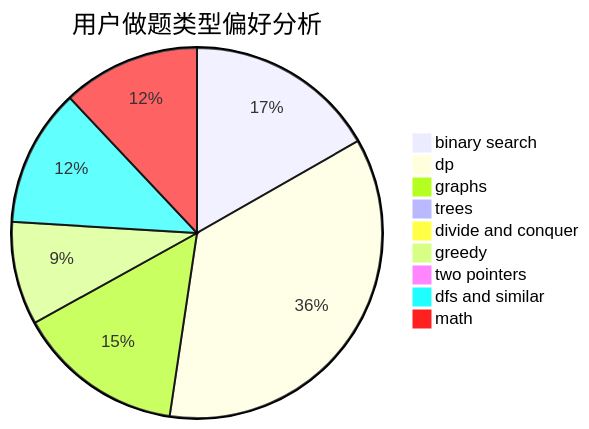
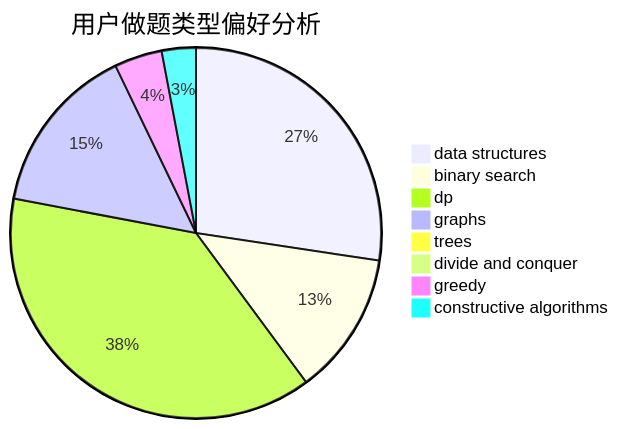
One commit to sherpahu/cfrs.github.io changed the second of 3 diagrams in docs/user/u1962.md. Above: the diagram before and after it, drawn with Mermaid. The commit also changed other lines of this file and 2775 other files, not shown here.

````diff
--- a/docs/user/u1962.md
+++ b/docs/user/u1962.md
@@ -23,12 +23,11 @@
 ```mermaid
 pie title 用户做题类型偏好分析
-    "binary search" :  39
-    "dp" :  83
-    "graphs" :  34
+    "data structures" :  46
+    "binary search" :  21
+    "dp" :  64
+    "graphs" :  25
     "trees" :  0
     "divide and conquer" :  0
-    "greedy" :  21
-    "two pointers" :  0
-    "dfs and similar" :  28
-    "math" :  28
+    "greedy" :  7
+    "constructive algorithms" :  5
 ```
````
